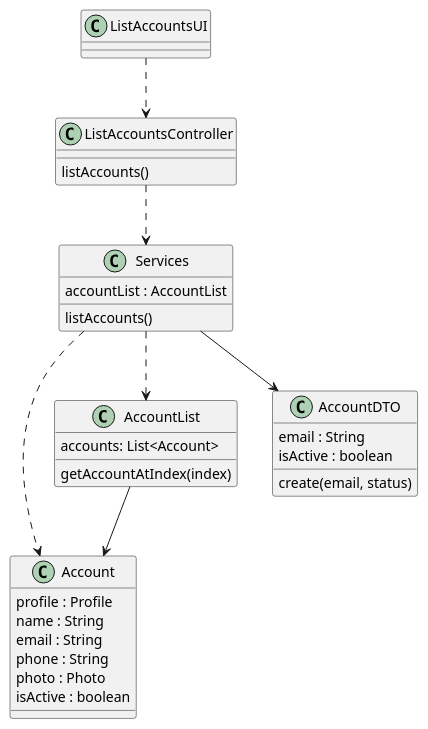
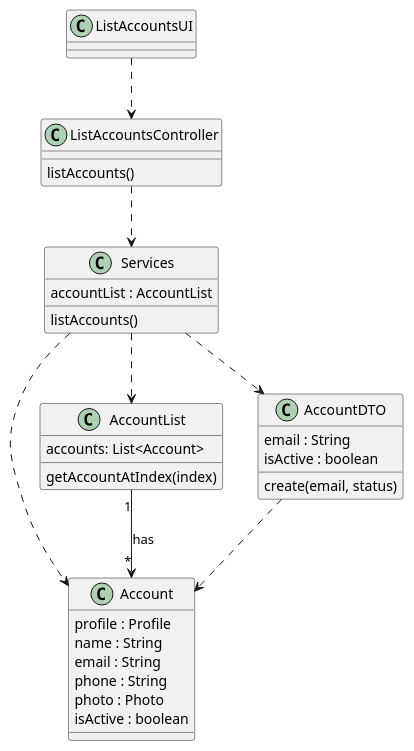
The diagram in docs/modelling_design/user_stories/us004/US004_ListAllAccountsAndStatusCD.puml (ivo-menezes/project_g3), drawn with PlantUML before and after one commit.

Commit message:
US004: Design: updated ListAllAccountsAndStatusCD

```diff
--- a/docs/modelling_design/user_stories/us004/US004_ListAllAccountsAndStatusCD.puml
+++ b/docs/modelling_design/user_stories/us004/US004_ListAllAccountsAndStatusCD.puml
@@ -1,42 +1,42 @@
 @startuml
 
-class ListAccountsUI {
-}
+class ListAccountsUI {}
 
 class ListAccountsController{
 listAccounts()
 }
 
 class Services {
 accountList : AccountList
 listAccounts()
 }
 
 class Account {
 profile : Profile
 name : String
 email : String
 phone : String
 photo : Photo
 isActive : boolean
 }
 
 class AccountList {
 accounts: List<Account>
 getAccountAtIndex(index)
 }
 
 class AccountDTO {
 email : String
 isActive : boolean
 create(email, status)
 }
 
-AccountList --> Account
+AccountList "1" --> "*" Account : has
 Services ..> Account
 Services ..> AccountList
 ListAccountsController ..> Services
 ListAccountsUI ..> ListAccountsController
-Services --> AccountDTO
+Services ..> AccountDTO
+AccountDTO ..> Account
 
 @enduml
```
